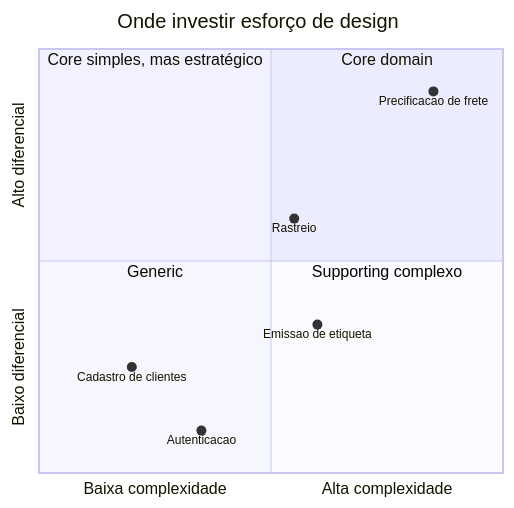
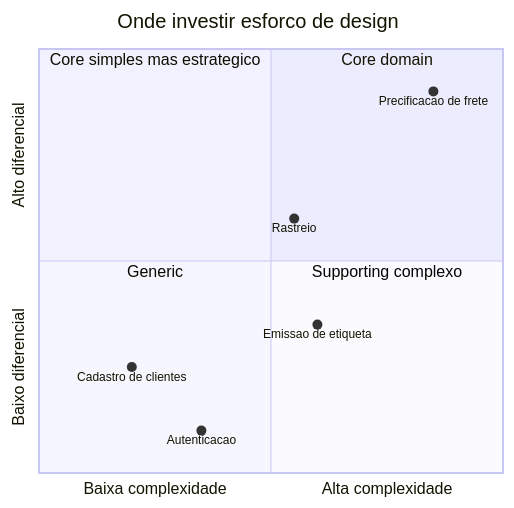
The first of 2 diagrams in curso/modulo-02-ddd-estrategico/03-dominios-e-subdominios.md (RodrigoLima30/design-study), drawn with Mermaid before and after one commit. The commit also changed 1 other file, not shown here.

Commit message:
docs: fix quadrant chart labels that mermaid could not parse

````diff
--- a/curso/modulo-02-ddd-estrategico/03-dominios-e-subdominios.md
+++ b/curso/modulo-02-ddd-estrategico/03-dominios-e-subdominios.md
@@ -11,15 +11,15 @@
 ```mermaid
 quadrantChart
-    title Onde investir esforço de design
+    title Onde investir esforco de design
     x-axis Baixa complexidade --> Alta complexidade
     y-axis Baixo diferencial --> Alto diferencial
     quadrant-1 Core domain
-    quadrant-2 Core simples, mas estratégico
+    quadrant-2 Core simples mas estrategico
     quadrant-3 Generic
     quadrant-4 Supporting complexo
     Precificacao de frete: [0.85, 0.9]
     Rastreio: [0.55, 0.6]
     Cadastro de clientes: [0.2, 0.25]
     Autenticacao: [0.35, 0.1]
     Emissao de etiqueta: [0.6, 0.35]
 ```
````
